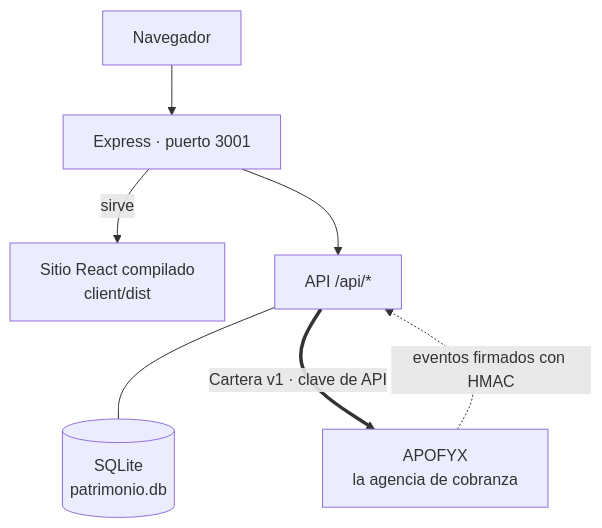
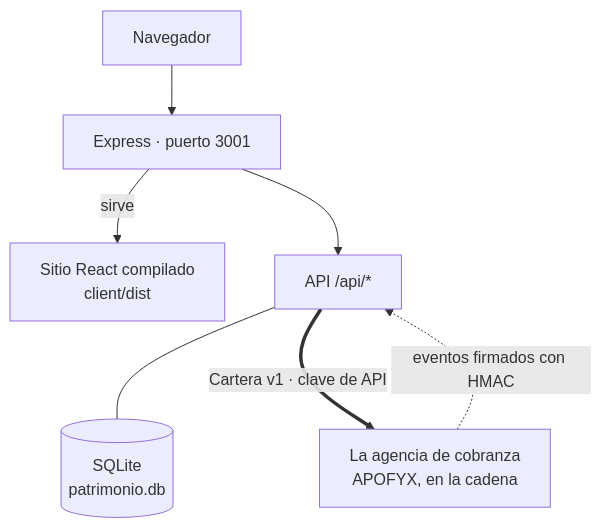
The first of 2 diagrams in README.md (TechnicalBridge/patrimonioinmuebles), drawn with Mermaid before and after one commit. The commit also changed other lines of this file and 24 other files, not shown here.

````diff
--- a/README.md
+++ b/README.md
@@ -168,10 +171,10 @@
 ```mermaid
 flowchart TD
     N["Navegador"] --> E["Express · puerto 3001"]
     E -->|"sirve"| C["Sitio React compilado<br/>client/dist"]
     E --> A["API /api/*"]
     A --- B[("SQLite<br/>patrimonio.db")]
 
-    A ==>|"Cartera v1 · clave de API"| AP["APOFYX<br/>la agencia de cobranza"]
+    A ==>|"Cartera v1 · clave de API"| AP["La agencia de cobranza<br/>APOFYX, en la cadena"]
     AP -.->|"eventos firmados con HMAC"| A
 ```
````
